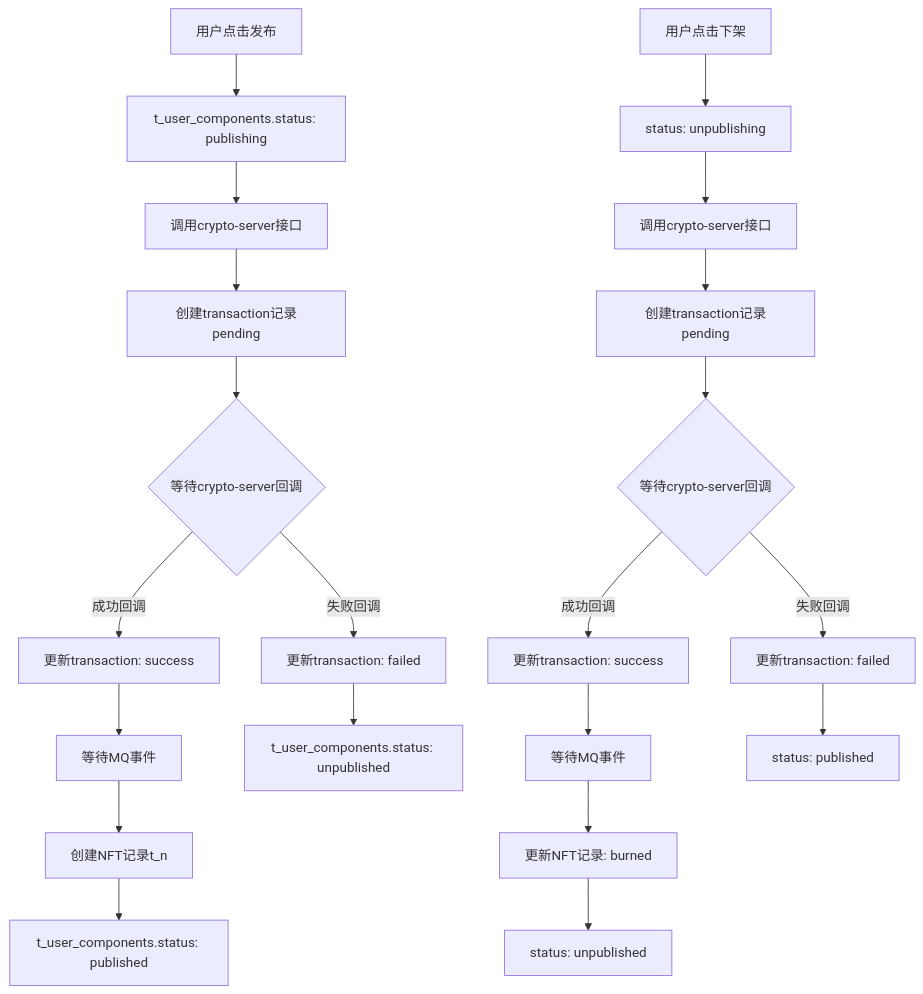
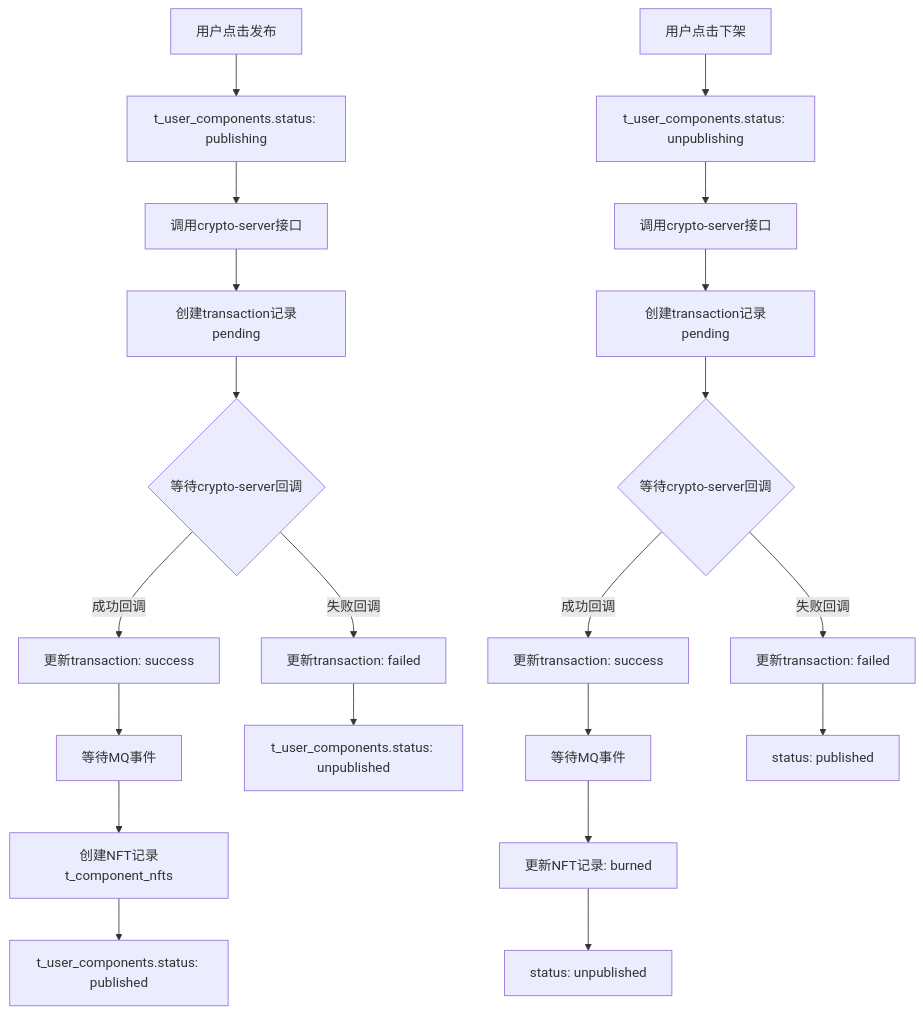
Before and after one commit to yingjianzh/iodraw-files: the diagram in all/未命名-74.md, drawn with Mermaid.

Commit message:
2025-07-07 15:52:28 update

````diff
--- a/all/未命名-74.md
+++ b/all/未命名-74.md
@@ -1,30 +1,30 @@
 ```mermaid
 
 graph TD
     A[用户点击发布] --> B[t_user_components.status: publishing]
     B --> C[调用crypto-server接口]
     C --> D[创建transaction记录pending]
     D --> E{等待crypto-server回调}
     
     E -->|成功回调| F[更新transaction: success]
     F --> G[等待MQ事件]
-    G --> H[创建NFT记录t_n]
+    G --> H[创建NFT记录t_component_nfts]
     H --> I[t_user_components.status: published]
     
     E -->|失败回调| J[更新transaction: failed]
     J --> K[t_user_components.status: unpublished]
     
-    L[用户点击下架] --> M[status: unpublishing]
+    L[用户点击下架] --> M[t_user_components.status: unpublishing]
     M --> N[调用crypto-server接口]
     N --> O[创建transaction记录pending]
     O --> P{等待crypto-server回调}
     
     P -->|成功回调| Q[更新transaction: success]
     Q --> R[等待MQ事件]
     R --> S[更新NFT记录: burned]
     S --> T[status: unpublished]
     
     P -->|失败回调| U[更新transaction: failed]
     U --> V[status: published]
 
 ```
````
